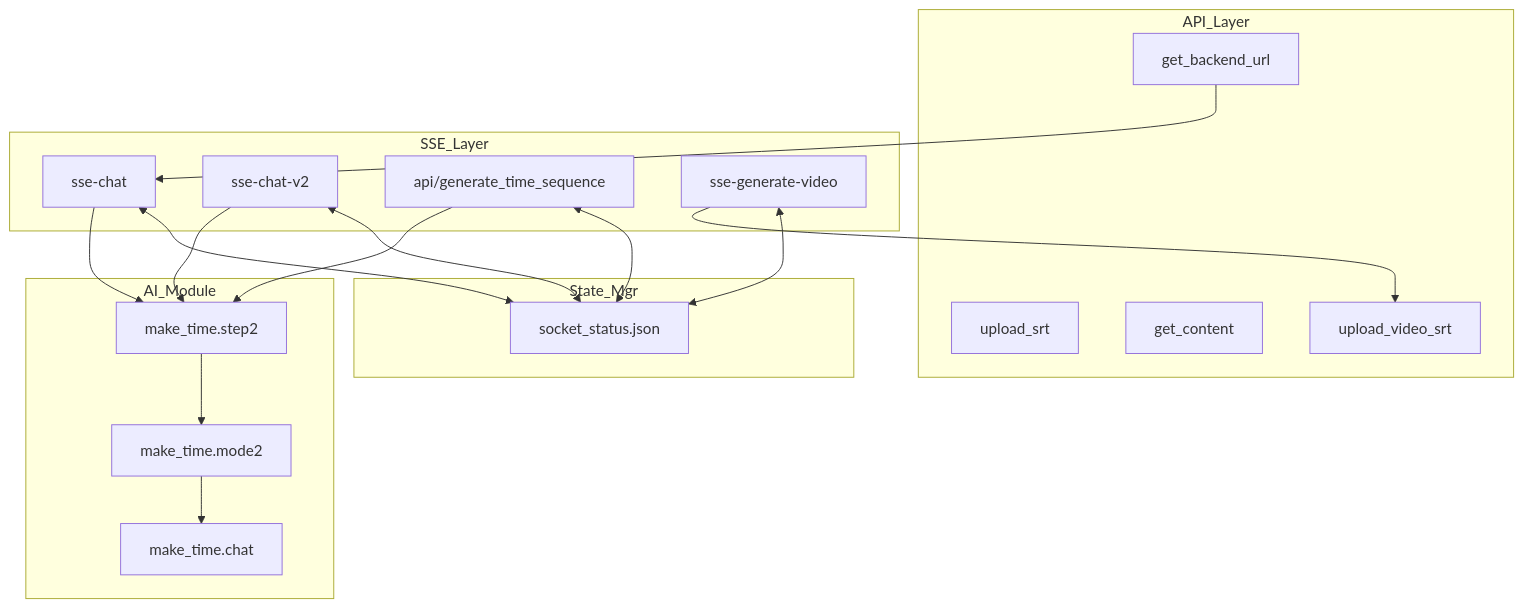
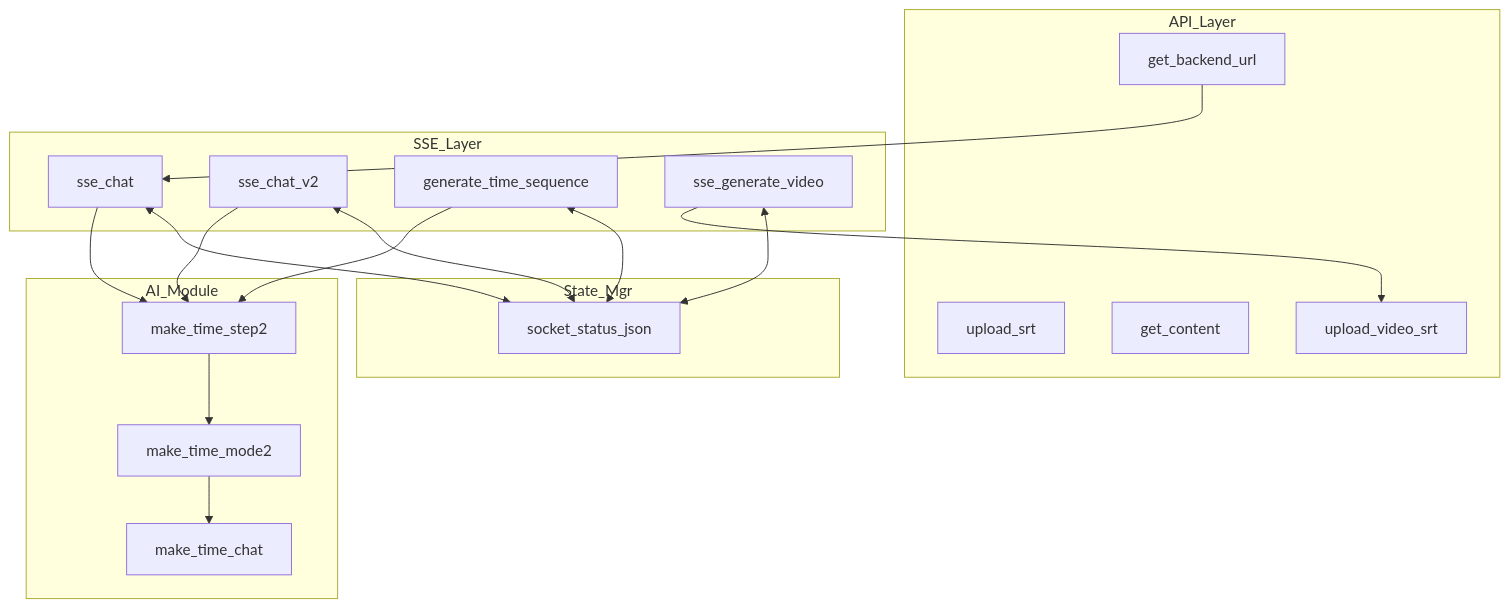
Before and after one commit to nii8/split_video: the fourth of 10 diagrams in ARCHITECTURE.md, drawn with Mermaid. The commit also changed other lines of this file, not shown here.

Commit message:
Update ARCHITECTURE.md - third commit

````diff
--- a/ARCHITECTURE.md
+++ b/ARCHITECTURE.md
@@ -227,38 +227,38 @@
 ```mermaid
 graph TD
     subgraph API_Layer
         A1[upload_srt]
         A2[get_backend_url]
         A3[get_content]
         A4[upload_video_srt]
     end
     
     subgraph SSE_Layer
-        S1[sse-chat]
-        S2[sse-chat-v2]
-        S3[api/generate_time_sequence]
-        S4[sse-generate-video]
+        S1[sse_chat]
+        S2[sse_chat_v2]
+        S3[generate_time_sequence]
+        S4[sse_generate_video]
     end
     
     subgraph AI_Module
-        M1[make_time.step2]
-        M2[make_time.mode2]
-        M3[make_time.chat]
+        M1[make_time_step2]
+        M2[make_time_mode2]
+        M3[make_time_chat]
     end
     
     subgraph State_Mgr
-        ST1[socket_status.json]
+        ST1[socket_status_json]
     end
     
     A2 --> S1
     S1 --> M1
     S2 --> M1
     S3 --> M1
     M1 --> M2
     M2 --> M3
     S4 --> A4
     S1 <--> ST1
     S2 <--> ST1
     S3 <--> ST1
     S4 <--> ST1
 ```
````
